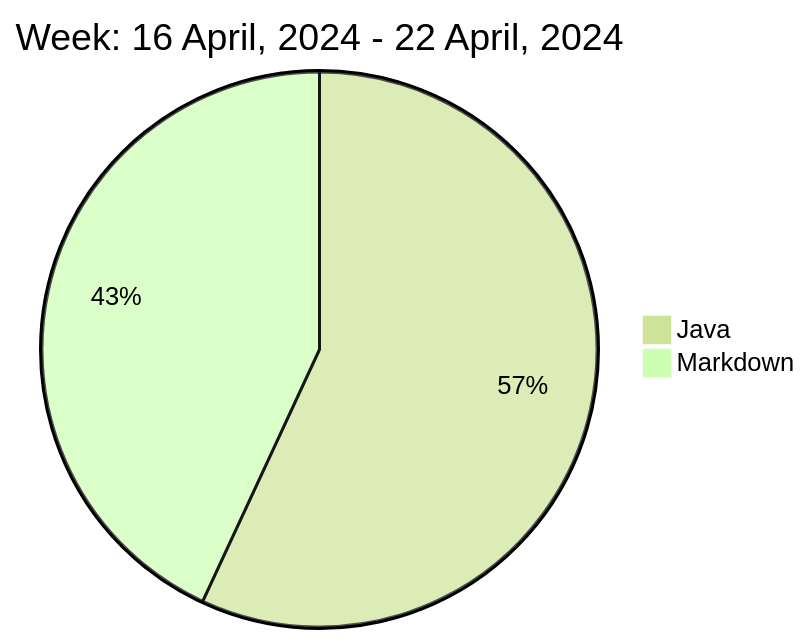
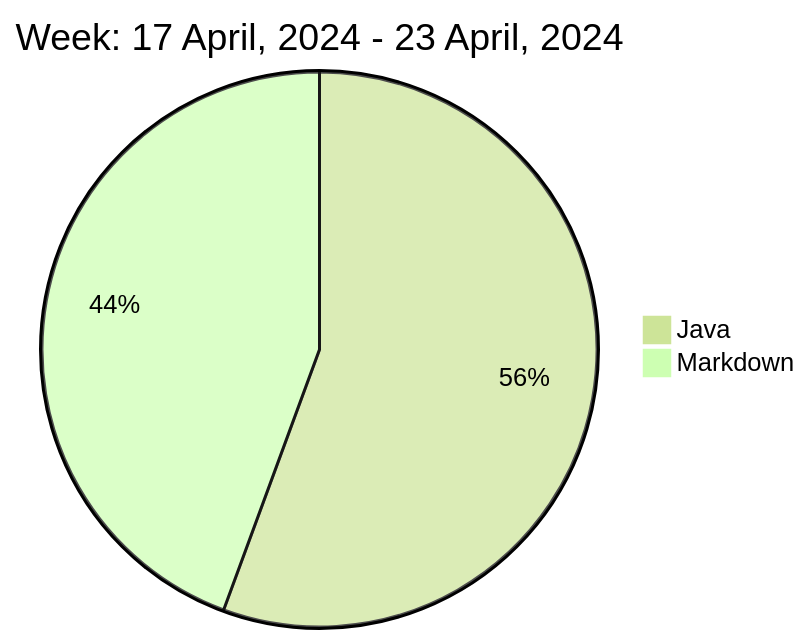
One commit to liubin95/liubin95 changed the diagram in README.md. Above: the diagram before and after it, drawn with Mermaid (forest theme).

Commit message:
Updated the Graph with new Metrics

````diff
--- a/README.md
+++ b/README.md
@@ -37,6 +37,6 @@
 ```mermaid
  pie
-title Week: 16 April, 2024 - 22 April, 2024
+title Week: 17 April, 2024 - 23 April, 2024
  "Java" : 3.17
- "Markdown" : 2.4
+ "Markdown" : 2.53
 ```
````
